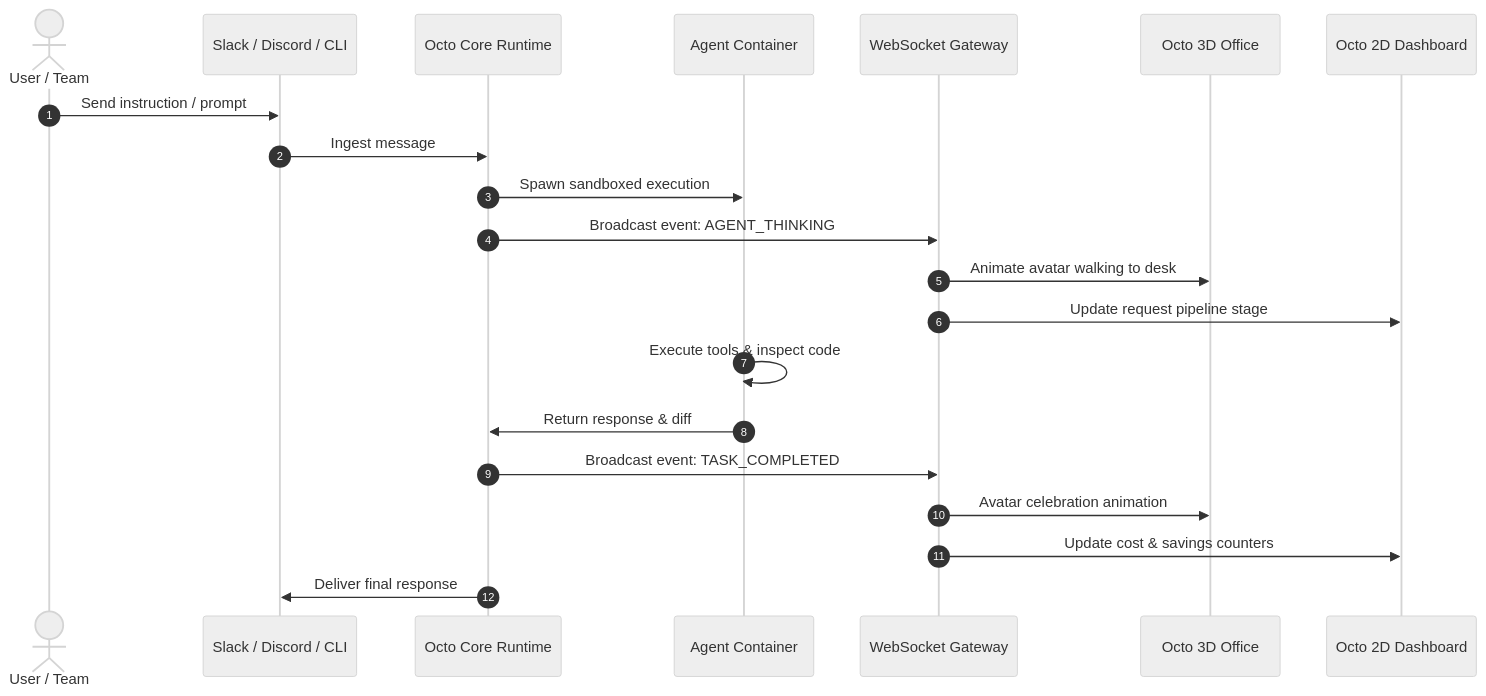
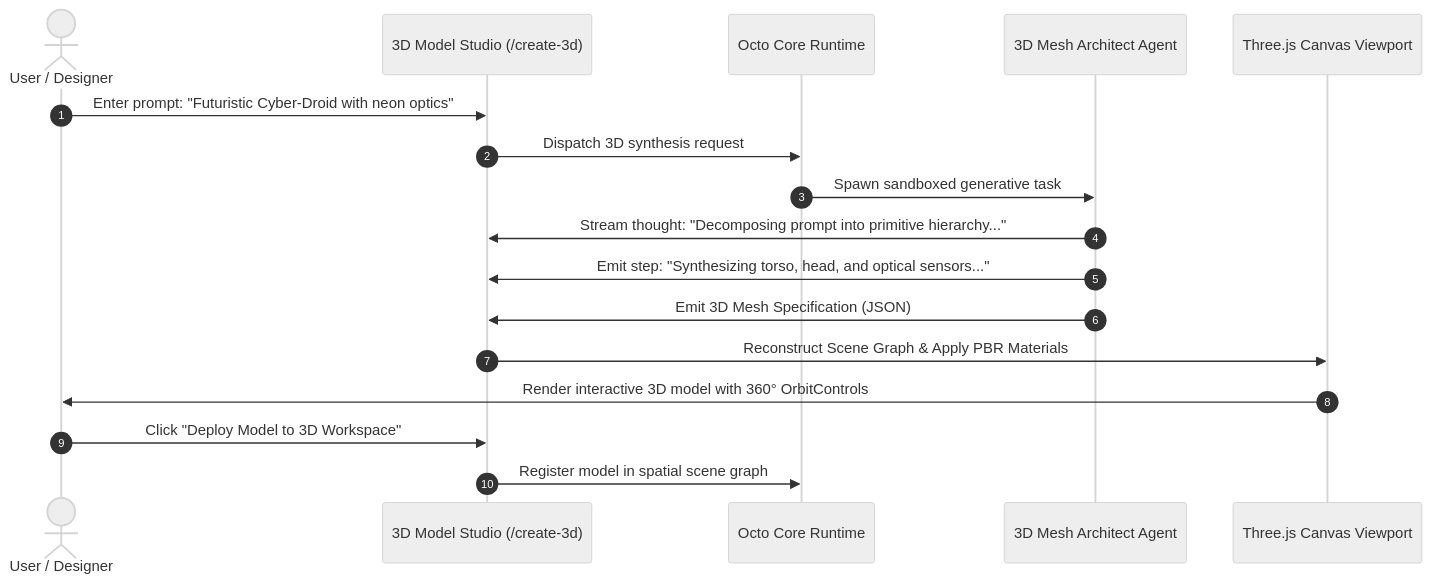
Before and after one commit to Aravindh-dev12/octic-Agent: the second of 2 diagrams in ARCHITECTURE.md, drawn with Mermaid (neutral theme). The commit also changed other lines of this file and 107 other files, not shown here.

Commit message:
feat: focus Octo Agent strictly on agent 3D model creation studio and 3D workspace

````diff
--- a/ARCHITECTURE.md
+++ b/ARCHITECTURE.md
@@ -90,24 +90,20 @@
 ```mermaid
 sequenceDiagram
     autonumber
-    actor User as User / Team
-    participant Channel as Slack / Discord / CLI
+    actor User as User / Designer
+    participant Studio as 3D Model Studio (/create-3d)
     participant Core as Octo Core Runtime
-    participant Container as Agent Container
-    participant Gateway as WebSocket Gateway
-    participant Office3D as Octo 3D Office
-    participant Office2D as Octo 2D Dashboard
+    participant Agent as 3D Mesh Architect Agent
+    participant WebGL as Three.js Canvas Viewport
 
-    User->>Channel: Send instruction / prompt
-    Channel->>Core: Ingest message
-    Core->>Container: Spawn sandboxed execution
-    Core->>Gateway: Broadcast event: AGENT_THINKING
-    Gateway->>Office3D: Animate avatar walking to desk
-    Gateway->>Office2D: Update request pipeline stage
-    Container->>Container: Execute tools & inspect code
-    Container->>Core: Return response & diff
-    Core->>Gateway: Broadcast event: TASK_COMPLETED
-    Gateway->>Office3D: Avatar celebration animation
-    Gateway->>Office2D: Update cost & savings counters
-    Core->>Channel: Deliver final response
+    User->>Studio: Enter prompt: "Futuristic Cyber-Droid with neon optics"
+    Studio->>Core: Dispatch 3D synthesis request
+    Core->>Agent: Spawn sandboxed generative task
+    Agent->>Studio: Stream thought: "Decomposing prompt into primitive hierarchy..."
+    Agent->>Studio: Emit step: "Synthesizing torso, head, and optical sensors..."
+    Agent->>Studio: Emit 3D Mesh Specification (JSON)
+    Studio->>WebGL: Reconstruct Scene Graph & Apply PBR Materials
+    WebGL->>User: Render interactive 3D model with 360° OrbitControls
+    User->>Studio: Click "Deploy Model to 3D Workspace"
+    Studio->>Core: Register model in spatial scene graph
 ```
````
